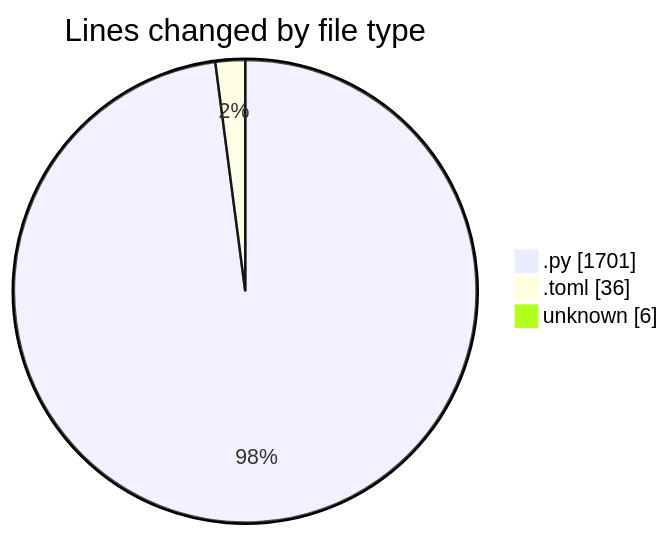
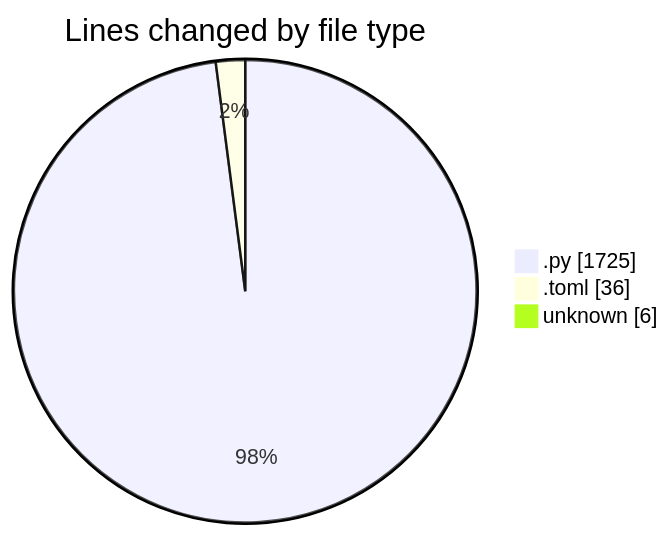
The first of 2 diagrams in 2025-11-20/eventscop-api-guide__workspace_/README.md (julien-gomy/code-tracking), drawn with Mermaid before and after one commit. The commit also changed other lines of this file and 1 other file, not shown here.

````diff
--- a/2025-11-20/eventscop-api-guide__workspace_/README.md
+++ b/2025-11-20/eventscop-api-guide__workspace_/README.md
@@ -31,7 +31,7 @@
 ```mermaid
 pie showData
 title Lines changed by file type
-".py" : 1701
+".py" : 1725
 ".toml" : 36
 "unknown" : 6
 ```
````
